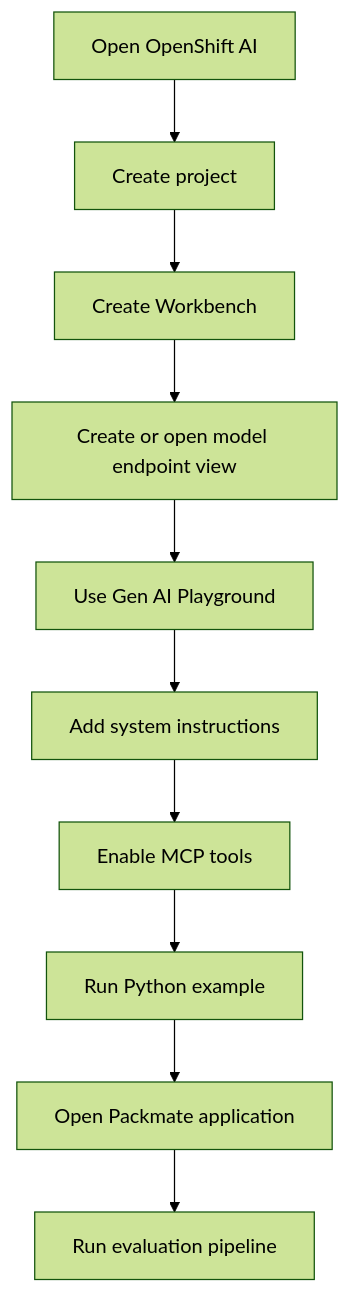
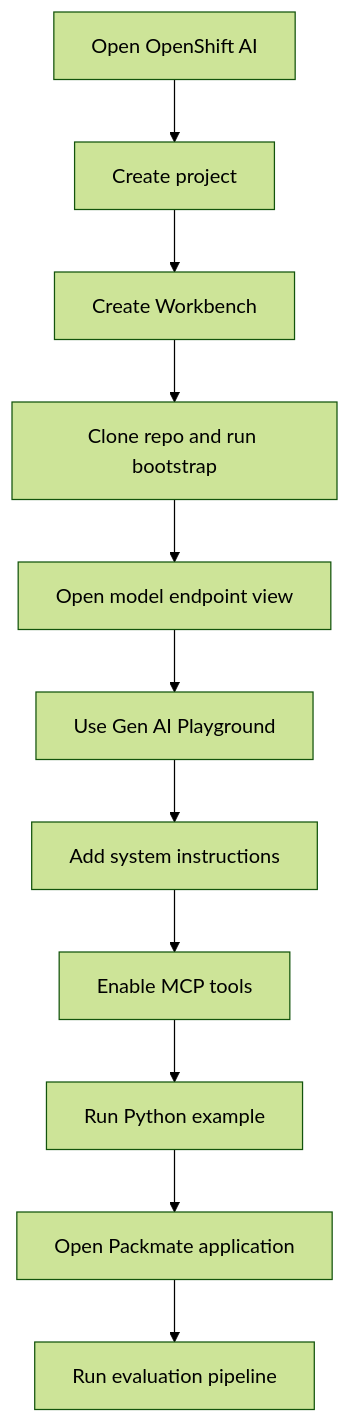
The first of 7 diagrams in workshop/ARCHITECTURE.md (Lindagh1/packmate-rhoai-35-workshop), drawn with Mermaid (forest theme) before and after one commit. The commit also changed 3 other files, not shown here.

Commit message:
Adopt self-service participant bootstrap flow

````diff
--- a/workshop/ARCHITECTURE.md
+++ b/workshop/ARCHITECTURE.md
@@ -22,12 +22,13 @@
 ```mermaid
 flowchart TD
   A[Open OpenShift AI] --> B[Create project]
   B --> C[Create Workbench]
-  C --> D[Create or open model endpoint view]
-  D --> E[Use Gen AI Playground]
-  E --> F[Add system instructions]
-  F --> G[Enable MCP tools]
-  G --> H[Run Python example]
-  H --> I[Open Packmate application]
-  I --> J[Run evaluation pipeline]
+  C --> D[Clone repo and run bootstrap]
+  D --> E[Open model endpoint view]
+  E --> F[Use Gen AI Playground]
+  F --> G[Add system instructions]
+  G --> H[Enable MCP tools]
+  H --> I[Run Python example]
+  I --> J[Open Packmate application]
+  J --> K[Run evaluation pipeline]
 ```
````
